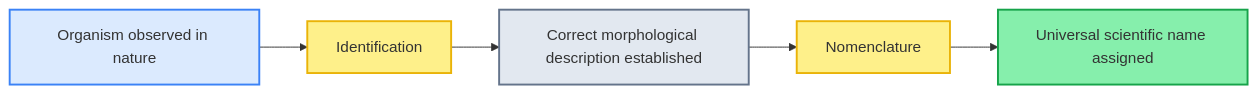
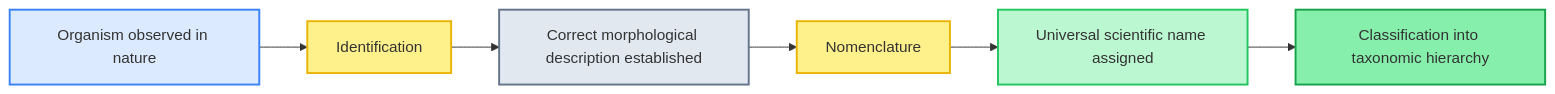
The second of 5 diagrams in AI-NOTES/BIOLOGY/BIOLOGY01-THE_LIVING_WORLD/BIOLOGY01-THE_LIVING_WORLD-NOTES.md (fsr-science/NoteBooks-Science-Legacy), drawn with Mermaid before and after one commit. The commit also changed other lines of this file and 4 other files, not shown here.

````diff
--- a/AI-NOTES/BIOLOGY/BIOLOGY01-THE_LIVING_WORLD/BIOLOGY01-THE_LIVING_WORLD-NOTES.md
+++ b/AI-NOTES/BIOLOGY/BIOLOGY01-THE_LIVING_WORLD/BIOLOGY01-THE_LIVING_WORLD-NOTES.md
@@ -93,13 +92,15 @@
 ```mermaid
 flowchart LR
     A[Organism observed in nature] --> B[Identification]
     B --> C[Correct morphological description established]
     C --> D[Nomenclature]
     D --> E[Universal scientific name assigned]
+    E --> F[Classification into taxonomic hierarchy]
 
     style A fill:#dbeafe,stroke:#3b82f6,stroke-width:2px
     style B fill:#fef08a,stroke:#eab308,stroke-width:2px
     style C fill:#e2e8f0,stroke:#64748b,stroke-width:2px
     style D fill:#fef08a,stroke:#eab308,stroke-width:2px
-    style E fill:#86efac,stroke:#16a34a,stroke-width:2px
+    style E fill:#bbf7d0,stroke:#22c55e,stroke-width:2px
+    style F fill:#86efac,stroke:#16a34a,stroke-width:2px
 ```
````
